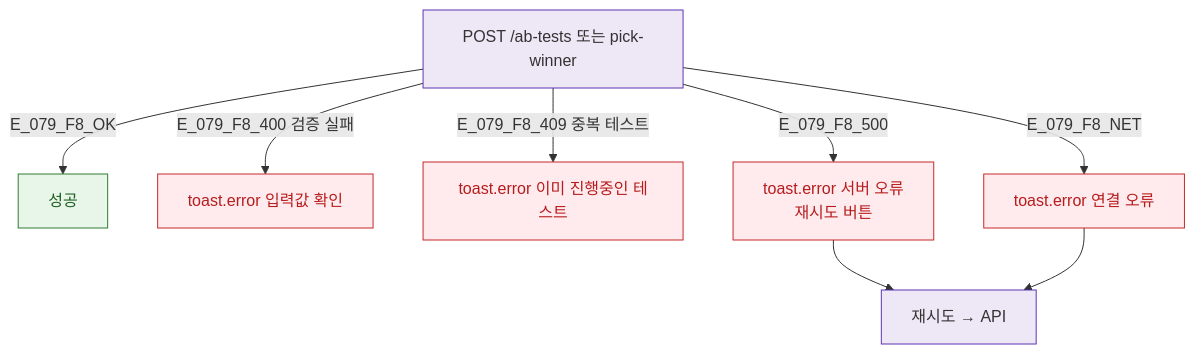
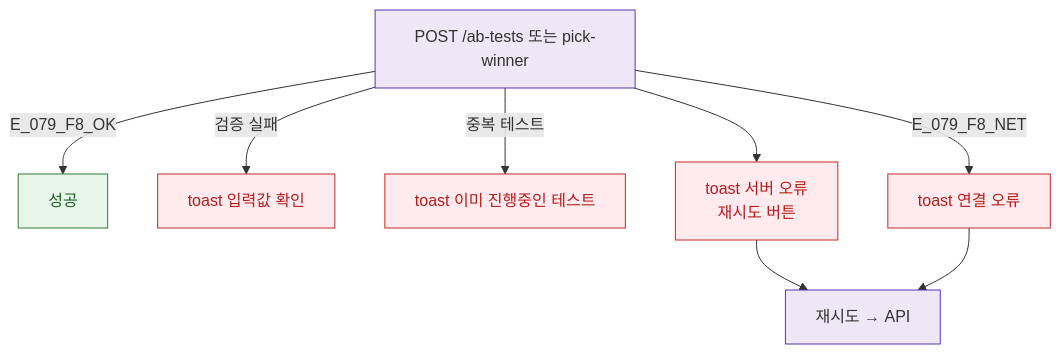
The diagram in docs/다이어그램/D08_마케팅/SCR-079_AB테스트/F8_에러예외복구.md (dev-spogym/admin-pando), drawn with Mermaid before and after one commit. The commit also changed other lines of this file and 1660 other files, not shown here.

First line of the commit message:
다이어그램: 기획자/클라이언트 납품본으로 정리

````diff
--- a/docs/다이어그램/D08_마케팅/SCR-079_AB테스트/F8_에러예외복구.md
+++ b/docs/다이어그램/D08_마케팅/SCR-079_AB테스트/F8_에러예외복구.md
@@ -14,19 +12,19 @@
 ```mermaid
 flowchart TD
-  API[POST /ab-tests 또는 pick-winner] -->|E_079_F8_OK| SUCCESS[성공]
-  API -->|E_079_F8_400 검증 실패| ERR_400[toast.error 입력값 확인]
-  API -->|E_079_F8_409 중복 테스트| ERR_409[toast.error 이미 진행중인 테스트]
-  API -->|E_079_F8_500| ERR_500[toast.error 서버 오류\n재시도 버튼]
-  API -->|E_079_F8_NET| ERR_NET[toast.error 연결 오류]
+  API[POST /ab-tests 또는 pick-winner] -->|E_079_F8_OK|SUCCESS[성공]
+  API -->|검증 실패|ERR_400[toast 입력값 확인]
+  API -->|중복 테스트|ERR_409[toast 이미 진행중인 테스트]
+  API --> ERR_500[toast 서버 오류\n재시도 버튼]
+  API -->|E_079_F8_NET|ERR_NET[toast 연결 오류]
 
   ERR_500 --> RETRY[재시도 → API]
   ERR_NET --> RETRY
 
   classDef success fill:#E8F5E9,stroke:#2E7D32,color:#1B5E20
-  classDef error   fill:#FFEBEE,stroke:#C62828,color:#B71C1C
-  classDef system  fill:#EDE7F6,stroke:#5E35B2
+  classDef error fill:#FFEBEE,stroke:#C62828,color:#B71C1C
+  classDef system fill:#EDE7F6,stroke:#5E35B2
 
   class SUCCESS success
   class ERR_400,ERR_409,ERR_500,ERR_NET error
   class API,RETRY system
 ```
````
